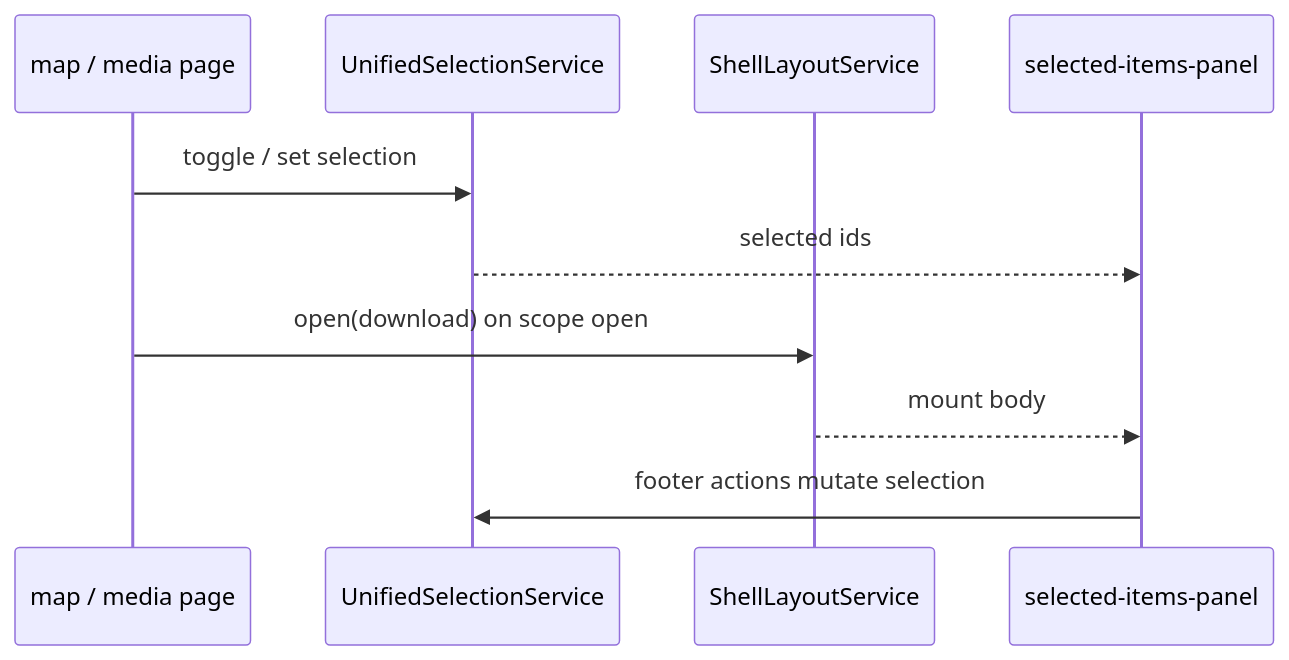
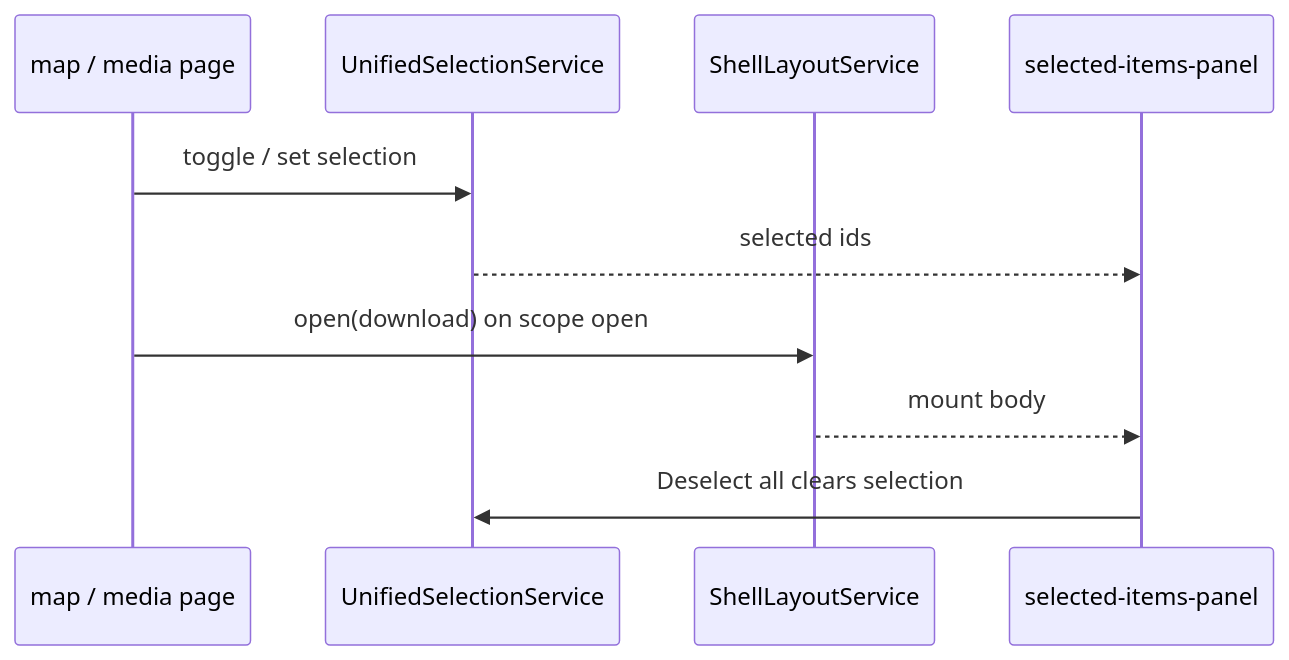
The second of 2 diagrams in docs/specs/ui/shell/selected-items-panel.md (matkleve/feldpost), drawn with Mermaid before and after one commit. The commit also changed other lines of this file and 25 other files, not shown here.

First line of the commit message:
feat: replace the selection footer with a quiet deselect control

````diff
--- a/docs/specs/ui/shell/selected-items-panel.md
+++ b/docs/specs/ui/shell/selected-items-panel.md
@@ -120,12 +120,12 @@
 ```mermaid
 sequenceDiagram
   participant Map as map / media page
   participant Sel as UnifiedSelectionService
   participant Shell as ShellLayoutService
   participant Panel as selected-items-panel
   Map->>Sel: toggle / set selection
   Sel-->>Panel: selected ids
   Map->>Shell: open(download) on scope open
   Shell-->>Panel: mount body
-  Panel->>Sel: footer actions mutate selection
+  Panel->>Sel: Deselect all clears selection
 ```
````
